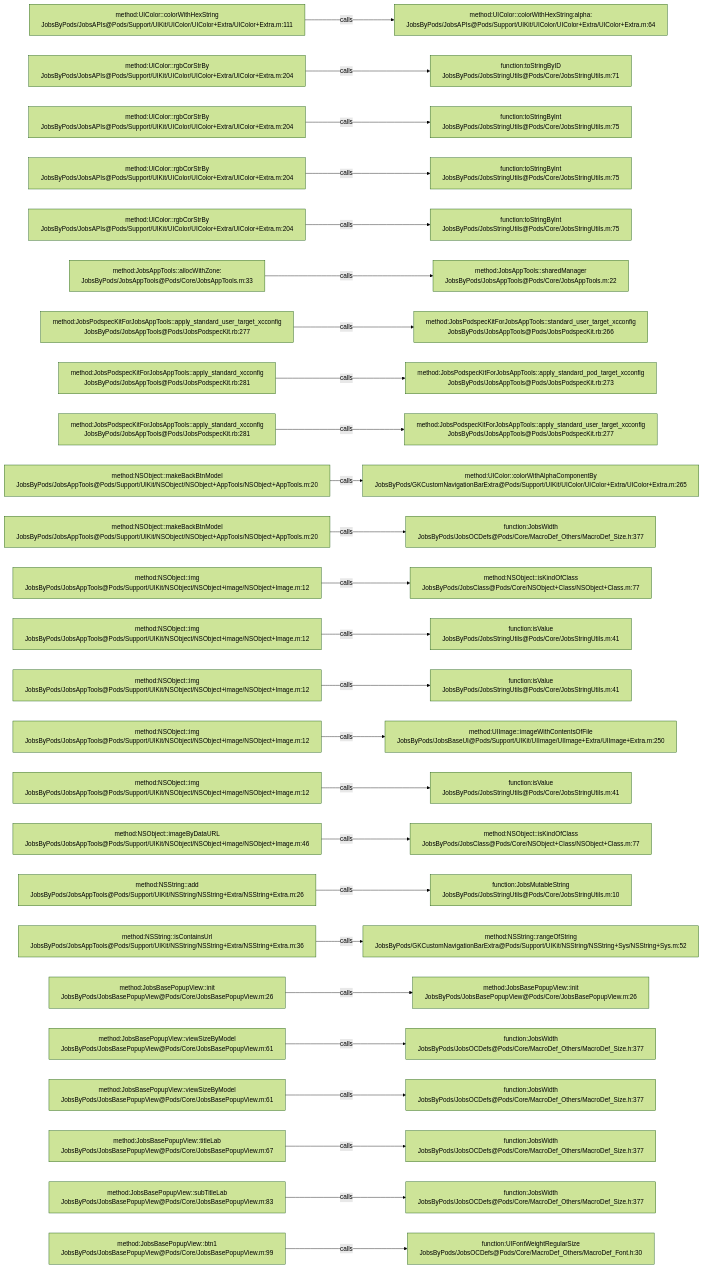
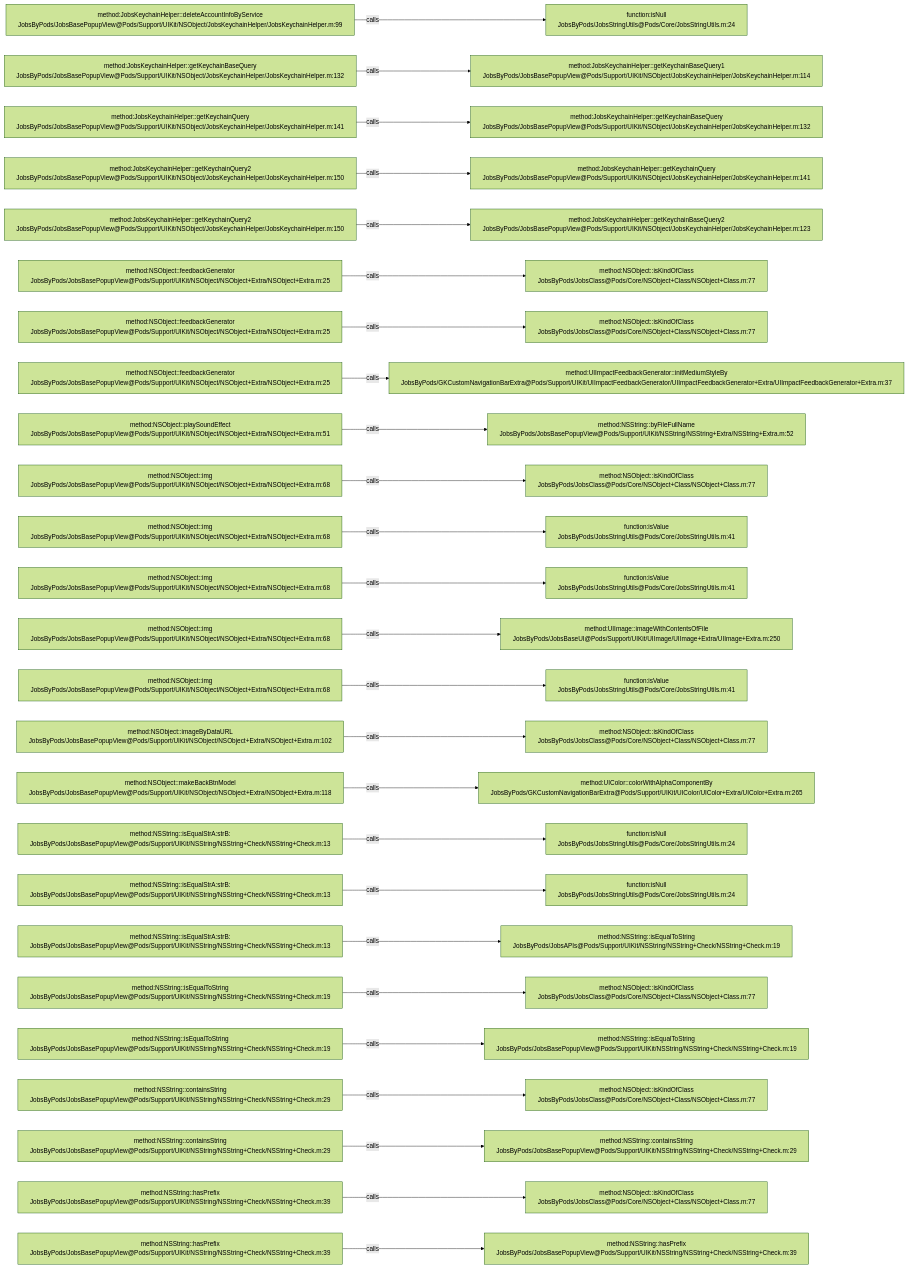
The diagram in .codegraph/codegraph.md/graphs/calls-019.md (JobsKits/JobsOCBaseConfigDemo), drawn with Mermaid (forest theme) before and after one commit. The commit also changed 1026 other files, not shown here.

````diff
--- a/.codegraph/codegraph.md/graphs/calls-019.md
+++ b/.codegraph/codegraph.md/graphs/calls-019.md
@@ -13,78 +13,78 @@
 ```mermaid
 flowchart LR
-  S1["method:UIColor::colorWithHexString<br/>JobsByPods/JobsAPIs@Pods/Support/UIKit/UIColor/UIColor+Extra/UIColor+Extra.m:111"]
-  T1["method:UIColor::colorWithHexString:alpha:<br/>JobsByPods/JobsAPIs@Pods/Support/UIKit/UIColor/UIColor+Extra/UIColor+Extra.m:64"]
+  S1["method:JobsKeychainHelper::deleteAccountInfoByService<br/>JobsByPods/JobsBasePopupView@Pods/Support/UIKit/NSObject/JobsKeychainHelper/JobsKeychainHelper.m:99"]
+  T1["function:isNull<br/>JobsByPods/JobsStringUtils@Pods/Core/JobsStringUtils.m:24"]
   S1 -->|calls| T1
-  S2["method:UIColor::rgbCorStrBy<br/>JobsByPods/JobsAPIs@Pods/Support/UIKit/UIColor/UIColor+Extra/UIColor+Extra.m:204"]
-  T2["function:toStringByID<br/>JobsByPods/JobsStringUtils@Pods/Core/JobsStringUtils.m:71"]
+  S2["method:JobsKeychainHelper::getKeychainBaseQuery<br/>JobsByPods/JobsBasePopupView@Pods/Support/UIKit/NSObject/JobsKeychainHelper/JobsKeychainHelper.m:132"]
+  T2["method:JobsKeychainHelper::getKeychainBaseQuery1<br/>JobsByPods/JobsBasePopupView@Pods/Support/UIKit/NSObject/JobsKeychainHelper/JobsKeychainHelper.m:114"]
   S2 -->|calls| T2
-  S3["method:UIColor::rgbCorStrBy<br/>JobsByPods/JobsAPIs@Pods/Support/UIKit/UIColor/UIColor+Extra/UIColor+Extra.m:204"]
-  T3["function:toStringByInt<br/>JobsByPods/JobsStringUtils@Pods/Core/JobsStringUtils.m:75"]
+  S3["method:JobsKeychainHelper::getKeychainQuery<br/>JobsByPods/JobsBasePopupView@Pods/Support/UIKit/NSObject/JobsKeychainHelper/JobsKeychainHelper.m:141"]
+  T3["method:JobsKeychainHelper::getKeychainBaseQuery<br/>JobsByPods/JobsBasePopupView@Pods/Support/UIKit/NSObject/JobsKeychainHelper/JobsKeychainHelper.m:132"]
   S3 -->|calls| T3
-  S4["method:UIColor::rgbCorStrBy<br/>JobsByPods/JobsAPIs@Pods/Support/UIKit/UIColor/UIColor+Extra/UIColor+Extra.m:204"]
-  T4["function:toStringByInt<br/>JobsByPods/JobsStringUtils@Pods/Core/JobsStringUtils.m:75"]
+  S4["method:JobsKeychainHelper::getKeychainQuery2<br/>JobsByPods/JobsBasePopupView@Pods/Support/UIKit/NSObject/JobsKeychainHelper/JobsKeychainHelper.m:150"]
+  T4["method:JobsKeychainHelper::getKeychainQuery<br/>JobsByPods/JobsBasePopupView@Pods/Support/UIKit/NSObject/JobsKeychainHelper/JobsKeychainHelper.m:141"]
   S4 -->|calls| T4
-  S5["method:UIColor::rgbCorStrBy<br/>JobsByPods/JobsAPIs@Pods/Support/UIKit/UIColor/UIColor+Extra/UIColor+Extra.m:204"]
-  T5["function:toStringByInt<br/>JobsByPods/JobsStringUtils@Pods/Core/JobsStringUtils.m:75"]
+  S5["method:JobsKeychainHelper::getKeychainQuery2<br/>JobsByPods/JobsBasePopupView@Pods/Support/UIKit/NSObject/JobsKeychainHelper/JobsKeychainHelper.m:150"]
+  T5["method:JobsKeychainHelper::getKeychainBaseQuery2<br/>JobsByPods/JobsBasePopupView@Pods/Support/UIKit/NSObject/JobsKeychainHelper/JobsKeychainHelper.m:123"]
   S5 -->|calls| T5
-  S6["method:JobsAppTools::allocWithZone:<br/>JobsByPods/JobsAppTools@Pods/Core/JobsAppTools.m:33"]
-  T6["method:JobsAppTools::sharedManager<br/>JobsByPods/JobsAppTools@Pods/Core/JobsAppTools.m:22"]
+  S6["method:NSObject::feedbackGenerator<br/>JobsByPods/JobsBasePopupView@Pods/Support/UIKit/NSObject/NSObject+Extra/NSObject+Extra.m:25"]
+  T6["method:NSObject::isKindOfClass<br/>JobsByPods/JobsClass@Pods/Core/NSObject+Class/NSObject+Class.m:77"]
   S6 -->|calls| T6
-  S7["method:JobsPodspecKitForJobsAppTools::apply_standard_user_target_xcconfig<br/>JobsByPods/JobsAppTools@Pods/JobsPodspecKit.rb:277"]
-  T7["method:JobsPodspecKitForJobsAppTools::standard_user_target_xcconfig<br/>JobsByPods/JobsAppTools@Pods/JobsPodspecKit.rb:266"]
+  S7["method:NSObject::feedbackGenerator<br/>JobsByPods/JobsBasePopupView@Pods/Support/UIKit/NSObject/NSObject+Extra/NSObject+Extra.m:25"]
+  T7["method:NSObject::isKindOfClass<br/>JobsByPods/JobsClass@Pods/Core/NSObject+Class/NSObject+Class.m:77"]
   S7 -->|calls| T7
-  S8["method:JobsPodspecKitForJobsAppTools::apply_standard_xcconfig<br/>JobsByPods/JobsAppTools@Pods/JobsPodspecKit.rb:281"]
-  T8["method:JobsPodspecKitForJobsAppTools::apply_standard_pod_target_xcconfig<br/>JobsByPods/JobsAppTools@Pods/JobsPodspecKit.rb:273"]
+  S8["method:NSObject::feedbackGenerator<br/>JobsByPods/JobsBasePopupView@Pods/Support/UIKit/NSObject/NSObject+Extra/NSObject+Extra.m:25"]
+  T8["method:UIImpactFeedbackGenerator::initMediumStyleBy<br/>JobsByPods/GKCustomNavigationBarExtra@Pods/Support/UIKit/UIImpactFeedbackGenerator/UIImpactFeedbackGenerator+Extra/UIImpactFeedbackGenerator+Extra.m:37"]
   S8 -->|calls| T8
-  S9["method:JobsPodspecKitForJobsAppTools::apply_standard_xcconfig<br/>JobsByPods/JobsAppTools@Pods/JobsPodspecKit.rb:281"]
-  T9["method:JobsPodspecKitForJobsAppTools::apply_standard_user_target_xcconfig<br/>JobsByPods/JobsAppTools@Pods/JobsPodspecKit.rb:277"]
+  S9["method:NSObject::playSoundEffect<br/>JobsByPods/JobsBasePopupView@Pods/Support/UIKit/NSObject/NSObject+Extra/NSObject+Extra.m:51"]
+  T9["method:NSString::byFileFullName<br/>JobsByPods/JobsBasePopupView@Pods/Support/UIKit/NSString/NSString+Extra/NSString+Extra.m:52"]
   S9 -->|calls| T9
-  S10["method:NSObject::makeBackBtnModel<br/>JobsByPods/JobsAppTools@Pods/Support/UIKit/NSObject/NSObject+AppTools/NSObject+AppTools.m:20"]
-  T10["method:UIColor::colorWithAlphaComponentBy<br/>JobsByPods/GKCustomNavigationBarExtra@Pods/Support/UIKit/UIColor/UIColor+Extra/UIColor+Extra.m:265"]
+  S10["method:NSObject::img<br/>JobsByPods/JobsBasePopupView@Pods/Support/UIKit/NSObject/NSObject+Extra/NSObject+Extra.m:68"]
+  T10["method:NSObject::isKindOfClass<br/>JobsByPods/JobsClass@Pods/Core/NSObject+Class/NSObject+Class.m:77"]
   S10 -->|calls| T10
-  S11["method:NSObject::makeBackBtnModel<br/>JobsByPods/JobsAppTools@Pods/Support/UIKit/NSObject/NSObject+AppTools/NSObject+AppTools.m:20"]
-  T11["function:JobsWidth<br/>JobsByPods/JobsOCDefs@Pods/Core/MacroDef_Others/MacroDef_Size.h:377"]
+  S11["method:NSObject::img<br/>JobsByPods/JobsBasePopupView@Pods/Support/UIKit/NSObject/NSObject+Extra/NSObject+Extra.m:68"]
+  T11["function:isValue<br/>JobsByPods/JobsStringUtils@Pods/Core/JobsStringUtils.m:41"]
   S11 -->|calls| T11
-  S12["method:NSObject::img<br/>JobsByPods/JobsAppTools@Pods/Support/UIKit/NSObject/NSObject+image/NSObject+Image.m:12"]
-  T12["method:NSObject::isKindOfClass<br/>JobsByPods/JobsClass@Pods/Core/NSObject+Class/NSObject+Class.m:77"]
+  S12["method:NSObject::img<br/>JobsByPods/JobsBasePopupView@Pods/Support/UIKit/NSObject/NSObject+Extra/NSObject+Extra.m:68"]
+  T12["function:isValue<br/>JobsByPods/JobsStringUtils@Pods/Core/JobsStringUtils.m:41"]
   S12 -->|calls| T12
-  S13["method:NSObject::img<br/>JobsByPods/JobsAppTools@Pods/Support/UIKit/NSObject/NSObject+image/NSObject+Image.m:12"]
-  T13["function:isValue<br/>JobsByPods/JobsStringUtils@Pods/Core/JobsStringUtils.m:41"]
+  S13["method:NSObject::img<br/>JobsByPods/JobsBasePopupView@Pods/Support/UIKit/NSObject/NSObject+Extra/NSObject+Extra.m:68"]
+  T13["method:UIImage::imageWithContentsOfFile<br/>JobsByPods/JobsBaseUI@Pods/Support/UIKit/UIImage/UIImage+Extra/UIImage+Extra.m:250"]
   S13 -->|calls| T13
-  S14["method:NSObject::img<br/>JobsByPods/JobsAppTools@Pods/Support/UIKit/NSObject/NSObject+image/NSObject+Image.m:12"]
+  S14["method:NSObject::img<br/>JobsByPods/JobsBasePopupView@Pods/Support/UIKit/NSObject/NSObject+Extra/NSObject+Extra.m:68"]
   T14["function:isValue<br/>JobsByPods/JobsStringUtils@Pods/Core/JobsStringUtils.m:41"]
   S14 -->|calls| T14
-  S15["method:NSObject::img<br/>JobsByPods/JobsAppTools@Pods/Support/UIKit/NSObject/NSObject+image/NSObject+Image.m:12"]
-  T15["method:UIImage::imageWithContentsOfFile<br/>JobsByPods/JobsBaseUI@Pods/Support/UIKit/UIImage/UIImage+Extra/UIImage+Extra.m:250"]
+  S15["method:NSObject::imageByDataURL<br/>JobsByPods/JobsBasePopupView@Pods/Support/UIKit/NSObject/NSObject+Extra/NSObject+Extra.m:102"]
+  T15["method:NSObject::isKindOfClass<br/>JobsByPods/JobsClass@Pods/Core/NSObject+Class/NSObject+Class.m:77"]
   S15 -->|calls| T15
-  S16["method:NSObject::img<br/>JobsByPods/JobsAppTools@Pods/Support/UIKit/NSObject/NSObject+image/NSObject+Image.m:12"]
-  T16["function:isValue<br/>JobsByPods/JobsStringUtils@Pods/Core/JobsStringUtils.m:41"]
+  S16["method:NSObject::makeBackBtnModel<br/>JobsByPods/JobsBasePopupView@Pods/Support/UIKit/NSObject/NSObject+Extra/NSObject+Extra.m:118"]
+  T16["method:UIColor::colorWithAlphaComponentBy<br/>JobsByPods/GKCustomNavigationBarExtra@Pods/Support/UIKit/UIColor/UIColor+Extra/UIColor+Extra.m:265"]
   S16 -->|calls| T16
-  S17["method:NSObject::imageByDataURL<br/>JobsByPods/JobsAppTools@Pods/Support/UIKit/NSObject/NSObject+image/NSObject+Image.m:46"]
-  T17["method:NSObject::isKindOfClass<br/>JobsByPods/JobsClass@Pods/Core/NSObject+Class/NSObject+Class.m:77"]
+  S17["method:NSString::isEqualStrA:strB:<br/>JobsByPods/JobsBasePopupView@Pods/Support/UIKit/NSString/NSString+Check/NSString+Check.m:13"]
+  T17["function:isNull<br/>JobsByPods/JobsStringUtils@Pods/Core/JobsStringUtils.m:24"]
   S17 -->|calls| T17
-  S18["method:NSString::add<br/>JobsByPods/JobsAppTools@Pods/Support/UIKit/NSString/NSString+Extra/NSString+Extra.m:26"]
-  T18["function:JobsMutableString<br/>JobsByPods/JobsStringUtils@Pods/Core/JobsStringUtils.m:10"]
+  S18["method:NSString::isEqualStrA:strB:<br/>JobsByPods/JobsBasePopupView@Pods/Support/UIKit/NSString/NSString+Check/NSString+Check.m:13"]
+  T18["function:isNull<br/>JobsByPods/JobsStringUtils@Pods/Core/JobsStringUtils.m:24"]
   S18 -->|calls| T18
-  S19["method:NSString::isContainsUrl<br/>JobsByPods/JobsAppTools@Pods/Support/UIKit/NSString/NSString+Extra/NSString+Extra.m:36"]
-  T19["method:NSString::rangeOfString<br/>JobsByPods/GKCustomNavigationBarExtra@Pods/Support/UIKit/NSString/NSString+Sys/NSString+Sys.m:52"]
+  S19["method:NSString::isEqualStrA:strB:<br/>JobsByPods/JobsBasePopupView@Pods/Support/UIKit/NSString/NSString+Check/NSString+Check.m:13"]
+  T19["method:NSString::isEqualToString<br/>JobsByPods/JobsAPIs@Pods/Support/UIKit/NSString/NSString+Check/NSString+Check.m:19"]
   S19 -->|calls| T19
-  S20["method:JobsBasePopupView::init<br/>JobsByPods/JobsBasePopupView@Pods/Core/JobsBasePopupView.m:26"]
-  T20["method:JobsBasePopupView::init<br/>JobsByPods/JobsBasePopupView@Pods/Core/JobsBasePopupView.m:26"]
+  S20["method:NSString::isEqualToString<br/>JobsByPods/JobsBasePopupView@Pods/Support/UIKit/NSString/NSString+Check/NSString+Check.m:19"]
+  T20["method:NSObject::isKindOfClass<br/>JobsByPods/JobsClass@Pods/Core/NSObject+Class/NSObject+Class.m:77"]
   S20 -->|calls| T20
-  S21["method:JobsBasePopupView::viewSizeByModel<br/>JobsByPods/JobsBasePopupView@Pods/Core/JobsBasePopupView.m:61"]
-  T21["function:JobsWidth<br/>JobsByPods/JobsOCDefs@Pods/Core/MacroDef_Others/MacroDef_Size.h:377"]
+  S21["method:NSString::isEqualToString<br/>JobsByPods/JobsBasePopupView@Pods/Support/UIKit/NSString/NSString+Check/NSString+Check.m:19"]
+  T21["method:NSString::isEqualToString<br/>JobsByPods/JobsBasePopupView@Pods/Support/UIKit/NSString/NSString+Check/NSString+Check.m:19"]
   S21 -->|calls| T21
-  S22["method:JobsBasePopupView::viewSizeByModel<br/>JobsByPods/JobsBasePopupView@Pods/Core/JobsBasePopupView.m:61"]
-  T22["function:JobsWidth<br/>JobsByPods/JobsOCDefs@Pods/Core/MacroDef_Others/MacroDef_Size.h:377"]
+  S22["method:NSString::containsString<br/>JobsByPods/JobsBasePopupView@Pods/Support/UIKit/NSString/NSString+Check/NSString+Check.m:29"]
+  T22["method:NSObject::isKindOfClass<br/>JobsByPods/JobsClass@Pods/Core/NSObject+Class/NSObject+Class.m:77"]
   S22 -->|calls| T22
-  S23["method:JobsBasePopupView::titleLab<br/>JobsByPods/JobsBasePopupView@Pods/Core/JobsBasePopupView.m:67"]
-  T23["function:JobsWidth<br/>JobsByPods/JobsOCDefs@Pods/Core/MacroDef_Others/MacroDef_Size.h:377"]
+  S23["method:NSString::containsString<br/>JobsByPods/JobsBasePopupView@Pods/Support/UIKit/NSString/NSString+Check/NSString+Check.m:29"]
+  T23["method:NSString::containsString<br/>JobsByPods/JobsBasePopupView@Pods/Support/UIKit/NSString/NSString+Check/NSString+Check.m:29"]
   S23 -->|calls| T23
-  S24["method:JobsBasePopupView::subTitleLab<br/>JobsByPods/JobsBasePopupView@Pods/Core/JobsBasePopupView.m:83"]
-  T24["function:JobsWidth<br/>JobsByPods/JobsOCDefs@Pods/Core/MacroDef_Others/MacroDef_Size.h:377"]
+  S24["method:NSString::hasPrefix<br/>JobsByPods/JobsBasePopupView@Pods/Support/UIKit/NSString/NSString+Check/NSString+Check.m:39"]
+  T24["method:NSObject::isKindOfClass<br/>JobsByPods/JobsClass@Pods/Core/NSObject+Class/NSObject+Class.m:77"]
   S24 -->|calls| T24
-  S25["method:JobsBasePopupView::btn1<br/>JobsByPods/JobsBasePopupView@Pods/Core/JobsBasePopupView.m:99"]
-  T25["function:UIFontWeightRegularSize<br/>JobsByPods/JobsOCDefs@Pods/Core/MacroDef_Others/MacroDef_Font.h:30"]
+  S25["method:NSString::hasPrefix<br/>JobsByPods/JobsBasePopupView@Pods/Support/UIKit/NSString/NSString+Check/NSString+Check.m:39"]
+  T25["method:NSString::hasPrefix<br/>JobsByPods/JobsBasePopupView@Pods/Support/UIKit/NSString/NSString+Check/NSString+Check.m:39"]
   S25 -->|calls| T25
 ```
````
